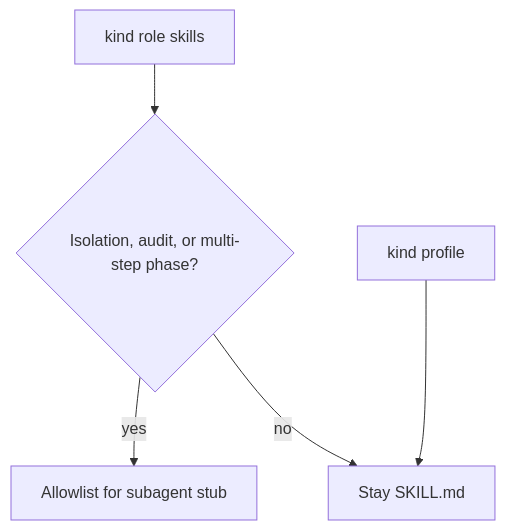
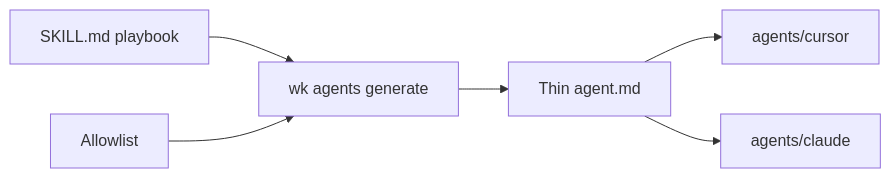
Before and after one commit to mzworthington/agent-lifecycle-kit: the diagram in docs/subagents.md, drawn with Mermaid. The commit also changed other lines of this file and 33 other files, not shown here.

First line of the commit message:
feat(skills): generate thin host agent stubs from role skills (MZW-60)

````diff
--- a/docs/subagents.md
+++ b/docs/subagents.md
@@ -7,8 +7,8 @@
 ```mermaid
-flowchart TB
-  roles[kind role skills]
-  roles --> yes{Isolation, audit, or multi-step phase?}
-  yes -->|yes| agent[Allowlist for subagent stub]
-  yes -->|no| skill[Stay SKILL.md]
-  profiles[kind profile] --> skill
+flowchart LR
+  skill[SKILL.md playbook] --> gen[wk agents generate]
+  allow[Allowlist] --> gen
+  gen --> stub[Thin agent.md]
+  stub --> cursor[agents/cursor]
+  stub --> claude[agents/claude]
 ```
````
